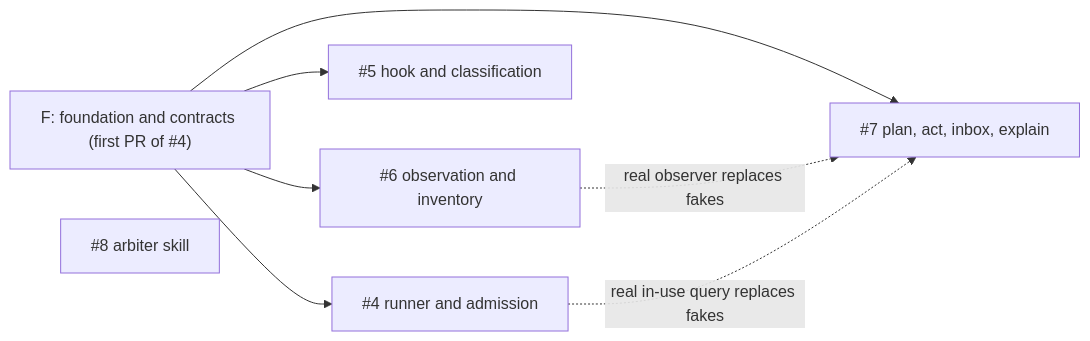
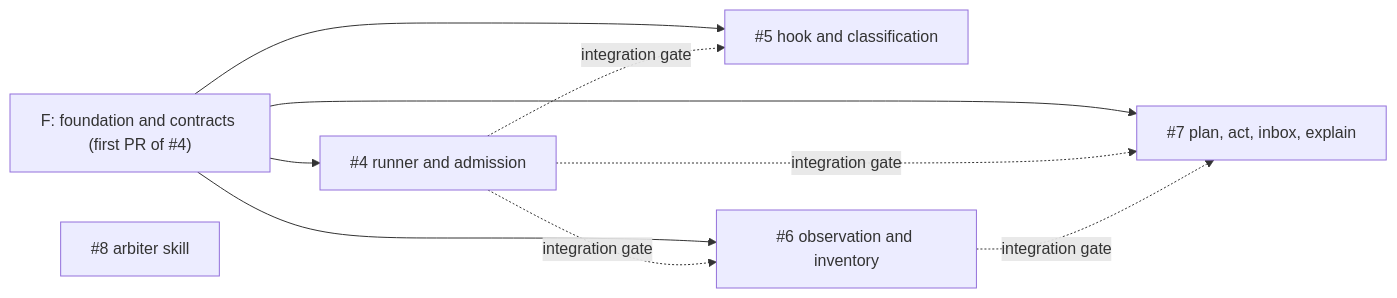
One commit to shuymn/cardinal changed the second of 2 diagrams in docs/architecture.md. Above: the diagram before and after it, drawn with Mermaid. The commit also changed other lines of this file, not shown here.

````diff
--- a/docs/architecture.md
+++ b/docs/architecture.md
@@ -903,10 +943,12 @@
 ```mermaid
 flowchart LR
   F["F: foundation and contracts (first PR of #4)"] --> R["#4 runner and admission"]
   F --> H["#5 hook and classification"]
   F --> O["#6 observation and inventory"]
   F --> P["#7 plan, act, inbox, explain"]
   A["#8 arbiter skill"]
-  O -. "real observer replaces fakes" .-> P
-  R -. "real in-use query replaces fakes" .-> P
+  R -. "integration gate" .-> H
+  R -. "integration gate" .-> O
+  R -. "integration gate" .-> P
+  O -. "integration gate" .-> P
 ```
````
